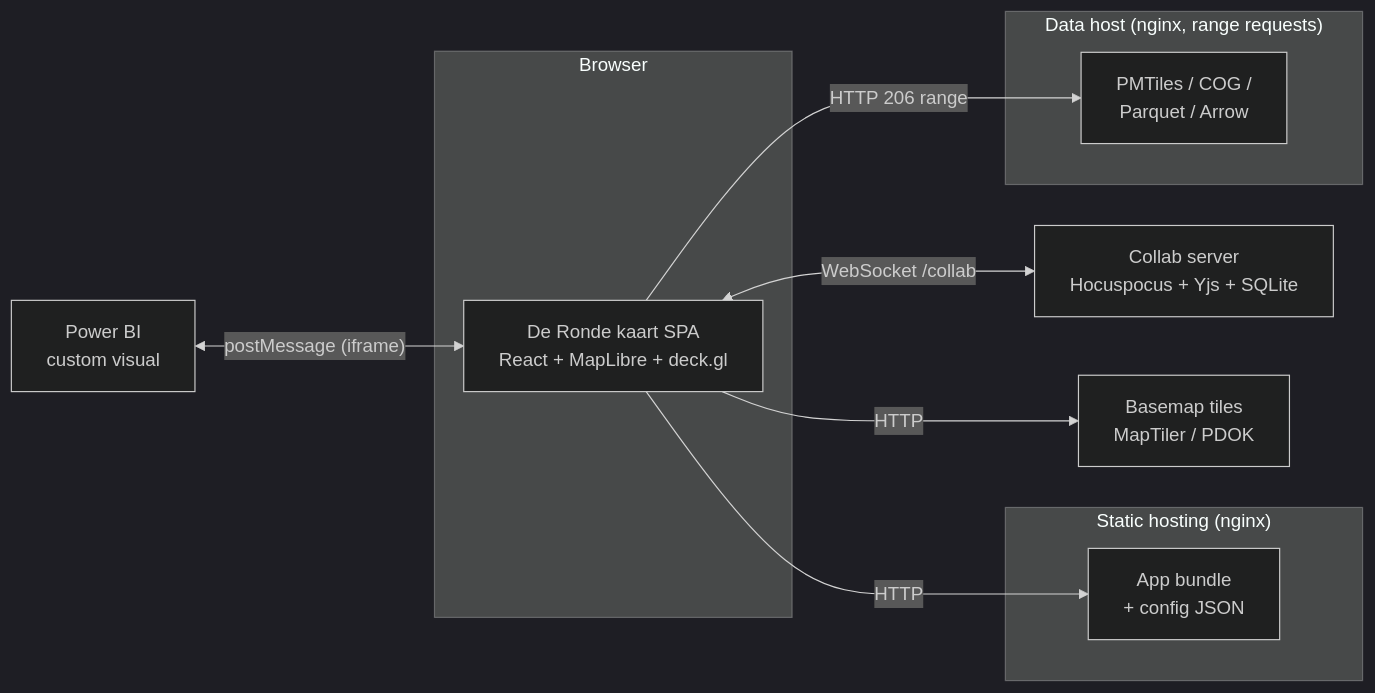
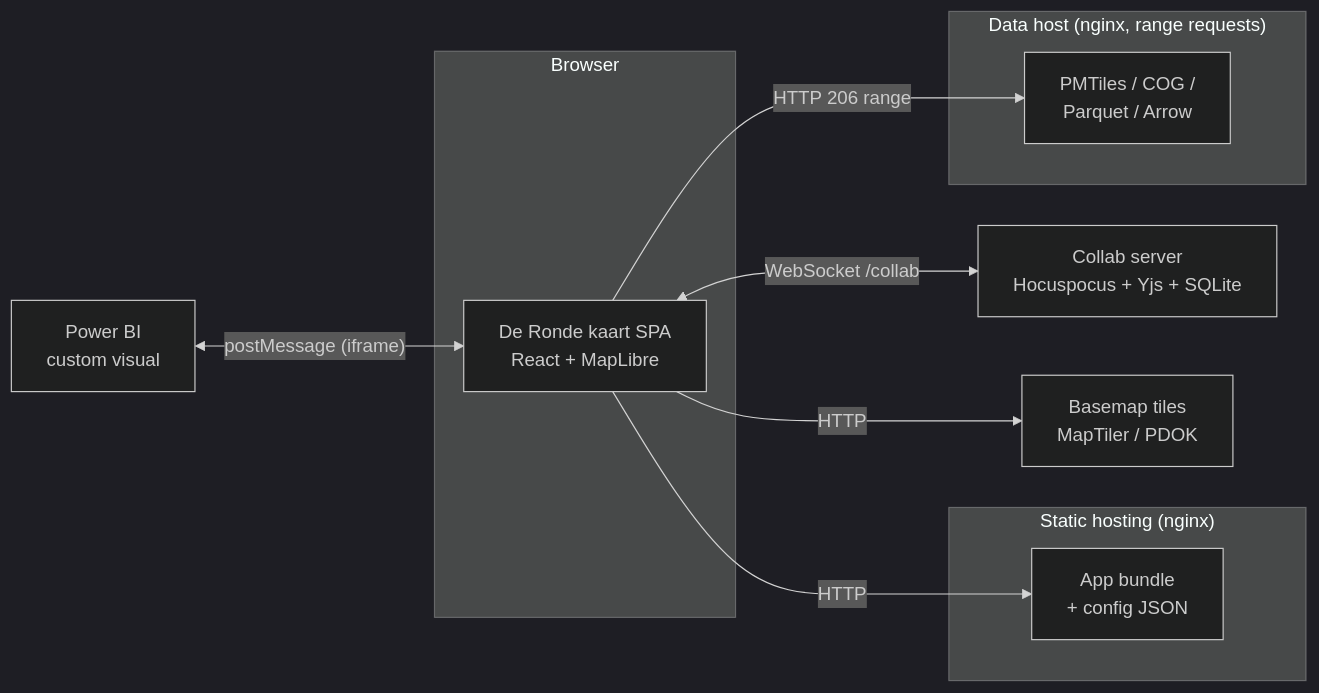
The first of 4 diagrams in docs/system-design.md (ObjectVision/DeRondeKaart), drawn with Mermaid (dark theme) before and after one commit. The commit also changed other lines of this file and 26 other files, not shown here.

````diff
--- a/docs/system-design.md
+++ b/docs/system-design.md
@@ -56,24 +56,24 @@
 ```mermaid
 flowchart LR
     subgraph browser["Browser"]
-        app["De Ronde kaart SPA<br/>React + MapLibre + deck.gl"]
+        app["De Ronde kaart SPA<br/>React + MapLibre"]
     end
 
     subgraph static["Static hosting (nginx)"]
         html["App bundle<br/>+ config JSON"]
     end
 
     subgraph datahost["Data host (nginx, range requests)"]
         tiles["PMTiles / COG /<br/>Parquet / Arrow"]
     end
 
     collab["Collab server<br/>Hocuspocus + Yjs + SQLite"]
     pbi["Power BI<br/>custom visual"]
     basemap["Basemap tiles<br/>MapTiler / PDOK"]
 
     app -->|"HTTP"| html
     app -->|"HTTP 206 range"| tiles
     app <-->|"WebSocket /collab"| collab
     pbi <-->|"postMessage (iframe)"| app
     app -->|"HTTP"| basemap
 ```
````
